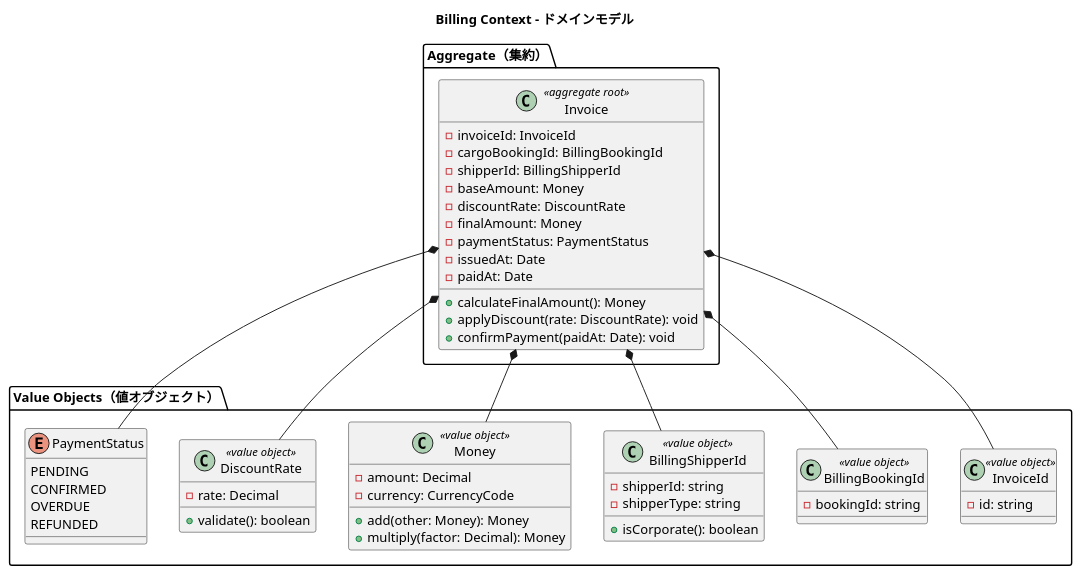
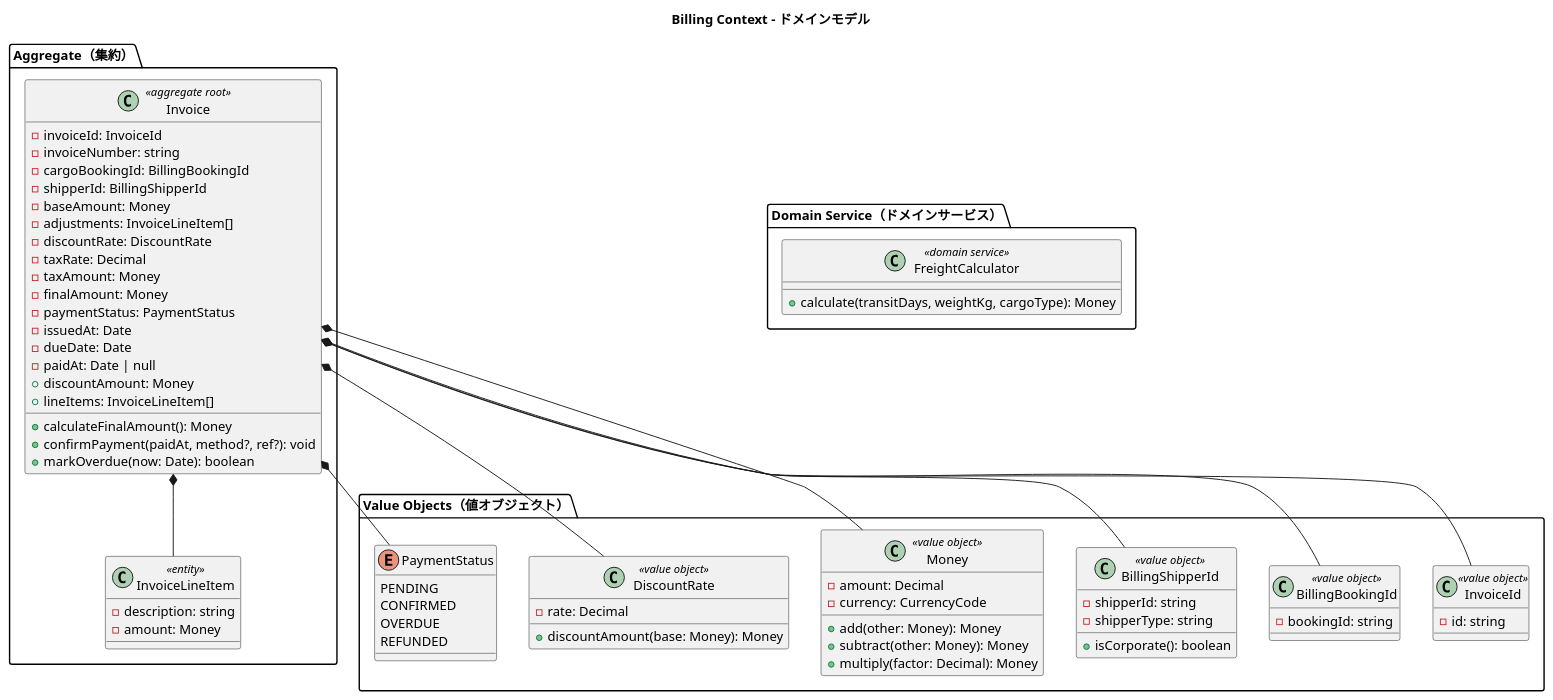
One commit to k2works/case-study-cargo-tracker changed the eighth of 11 diagrams in docs/design/domain-model.md. Above: the diagram before and after it, drawn with PlantUML. The commit also changed other lines of this file and 4 other files, not shown here.

````diff
--- a/docs/design/domain-model.md
+++ b/docs/design/domain-model.md
@@ -925,60 +940,79 @@
 ```plantuml
 @startuml
 title Billing Context - ドメインモデル
 
 package "Aggregate（集約）" {
   class Invoice <<aggregate root>> {
     -invoiceId: InvoiceId
+    -invoiceNumber: string
     -cargoBookingId: BillingBookingId
     -shipperId: BillingShipperId
     -baseAmount: Money
+    -adjustments: InvoiceLineItem[]
     -discountRate: DiscountRate
+    -taxRate: Decimal
+    -taxAmount: Money
     -finalAmount: Money
     -paymentStatus: PaymentStatus
     -issuedAt: Date
-    -paidAt: Date
+    -dueDate: Date
+    -paidAt: Date | null
     +calculateFinalAmount(): Money
-    +applyDiscount(rate: DiscountRate): void
-    +confirmPayment(paidAt: Date): void
+    +confirmPayment(paidAt, method?, ref?): void
+    +markOverdue(now: Date): boolean
+    +discountAmount: Money
+    +lineItems: InvoiceLineItem[]
+  }
+  class InvoiceLineItem <<entity>> {
+    -description: string
+    -amount: Money
   }
 }
 
 package "Value Objects（値オブジェクト）" {
   class InvoiceId <<value object>> {
     -id: string
   }
   class BillingBookingId <<value object>> {
     -bookingId: string
   }
   class BillingShipperId <<value object>> {
     -shipperId: string
     -shipperType: string
     +isCorporate(): boolean
   }
   class Money <<value object>> {
     -amount: Decimal
     -currency: CurrencyCode
     +add(other: Money): Money
+    +subtract(other: Money): Money
     +multiply(factor: Decimal): Money
   }
   class DiscountRate <<value object>> {
     -rate: Decimal
-    +validate(): boolean
+    +discountAmount(base: Money): Money
   }
   enum PaymentStatus {
     PENDING
     CONFIRMED
     OVERDUE
     REFUNDED
   }
 }
 
+package "Domain Service（ドメインサービス）" {
+  class FreightCalculator <<domain service>> {
+    +calculate(transitDays, weightKg, cargoType): Money
+  }
+}
+
 Invoice *-- InvoiceId
 Invoice *-- BillingBookingId
 Invoice *-- BillingShipperId
+Invoice *-- InvoiceLineItem
 Invoice *-- Money
 Invoice *-- DiscountRate
 Invoice *-- PaymentStatus
 
 @enduml
 ```
````
